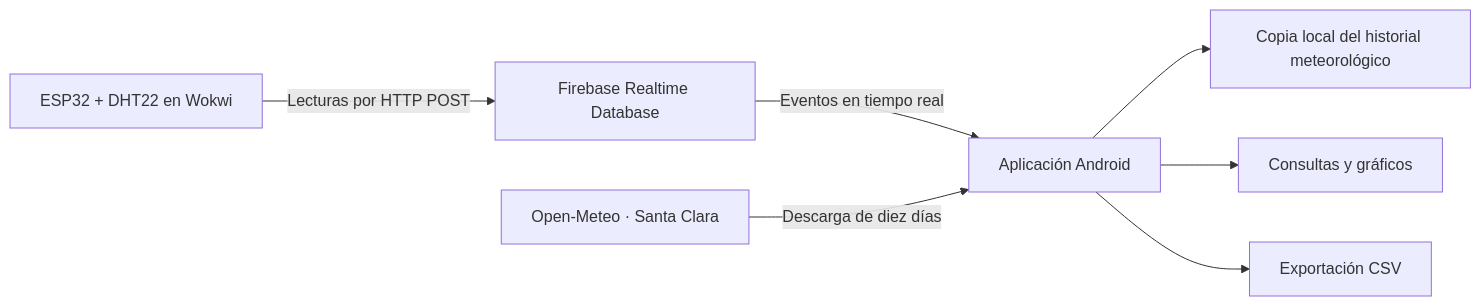
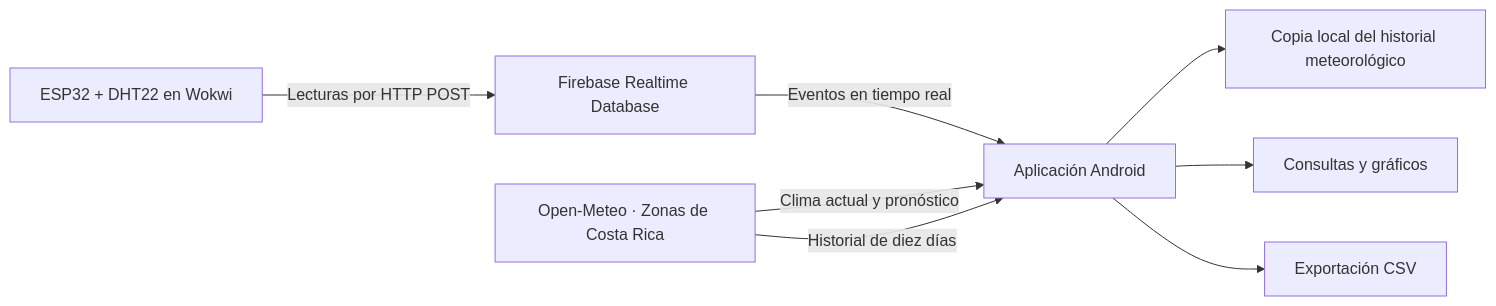
Before and after one commit to greivinsmv/Consulta-de-variables-ambientales: the diagram in README.md, drawn with Mermaid. The commit also changed other lines of this file and 21 other files, not shown here.

Commit message:
Añade comparación de variables y pronósticos de diez días por zona

````diff
--- a/README.md
+++ b/README.md
@@ -22,9 +23,10 @@
 ```mermaid
 flowchart LR
     A[ESP32 + DHT22 en Wokwi] -->|Lecturas por HTTP POST| B[Firebase Realtime Database]
     B -->|Eventos en tiempo real| C[Aplicación Android]
-    F[Open-Meteo · Santa Clara] -->|Descarga de diez días| C
+    F[Open-Meteo · Zonas de Costa Rica] -->|Clima actual y pronóstico| C
+    F -->|Historial de diez días| C
     C --> G[Copia local del historial meteorológico]
     C --> D[Consultas y gráficos]
     C --> E[Exportación CSV]
 ```
````
